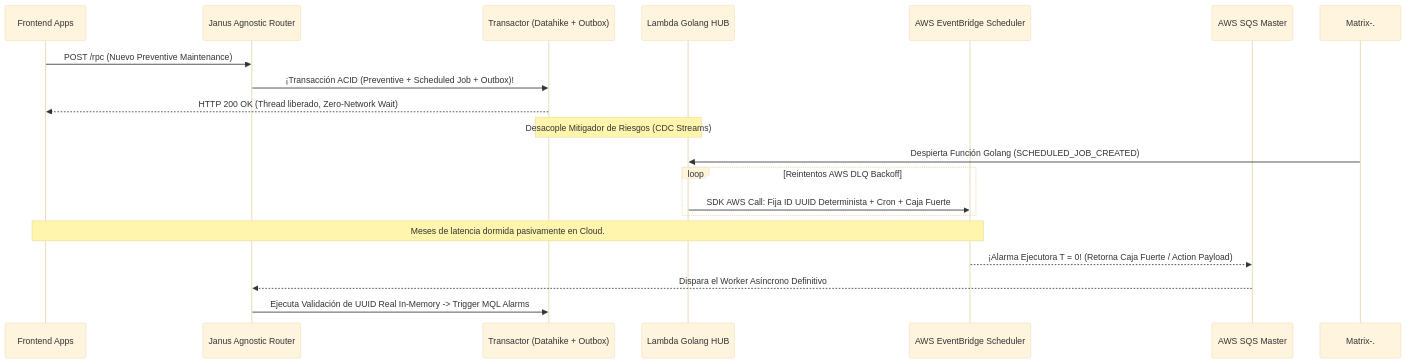
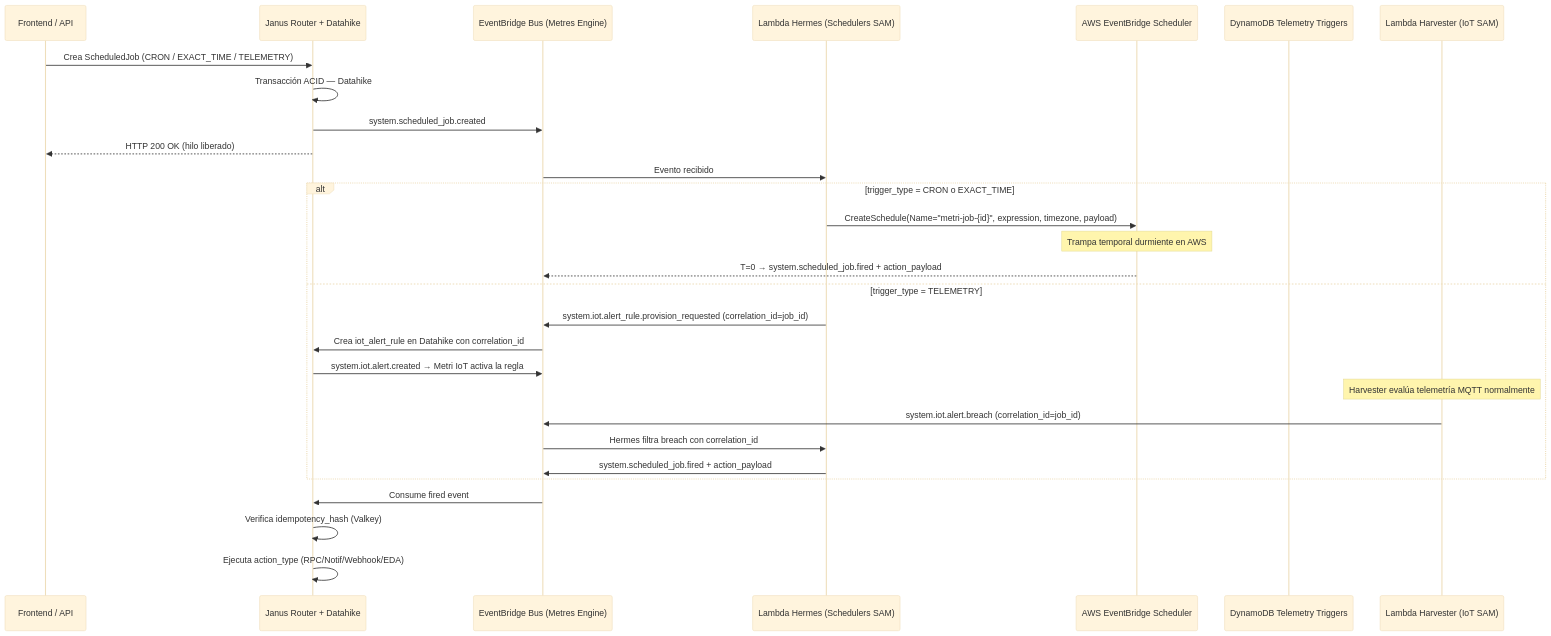
The diagram in docs/architecture/COMPONENTE_EXTERNO_05_METRI_SCHEDULERS.md (metritechnology/metri-engine), drawn with Mermaid (base theme) before and after one commit. The commit also changed other lines of this file and 733 other files, not shown here.

Commit message:
Update metri-engine state

````diff
--- a/docs/architecture/COMPONENTE_EXTERNO_05_METRI_SCHEDULERS.md
+++ b/docs/architecture/COMPONENTE_EXTERNO_05_METRI_SCHEDULERS.md
@@ -129,26 +409,35 @@
 ```mermaid
 sequenceDiagram
-    participant FE as Frontend Apps
-    participant AEGIS as Janus Agnostic Router
-    participant Matrix as Transactor (Datahike + Outbox)
-    participant Hermes as Lambda Golang HUB
-    participant EBAWS as AWS EventBridge Scheduler
-    participant SQS as AWS SQS Master
+    participant FE as Frontend / API
+    participant JR as Janus Router + Datahike
+    participant BUS as EventBridge Bus (Metres Engine)
+    participant HM as Lambda Hermes (Schedulers SAM)
+    participant EB as AWS EventBridge Scheduler
+    participant DT as DynamoDB Telemetry Triggers
+    participant IOT as Lambda Harvester (IoT SAM)
 
-    FE->>AEGIS: POST /rpc (Nuevo Preventive Maintenance)
-    AEGIS->>Matrix: ¡Transacción ACID (Preventive + Scheduled Job + Outbox)!
-    Matrix-->>FE: HTTP 200 OK (Thread liberado, Zero-Network Wait)
+    FE->>JR: Crea ScheduledJob (CRON / EXACT_TIME / TELEMETRY)
+    JR->>JR: Transacción ACID — Datahike
+    JR->>BUS: system.scheduled_job.created
+    JR-->>FE: HTTP 200 OK (hilo liberado)
 
-    Note over Matrix,Hermes: Desacople Mitigador de Riesgos (CDC Streams)
-    Matrix-.->>Hermes: Despierta Función Golang (SCHEDULED_JOB_CREATED)
+    BUS->>HM: Evento recibido
 
-    loop Reintentos AWS DLQ Backoff
-        Hermes->>EBAWS: SDK AWS Call: Fija ID UUID Determinista + Cron + Caja Fuerte
+    alt trigger_type = CRON o EXACT_TIME
+        HM->>EB: CreateSchedule(Name="metri-job-{id}", expression, timezone, payload)
+        Note over EB: Trampa temporal durmiente en AWS
+        EB-->>BUS: T=0 → system.scheduled_job.fired + action_payload
+    else trigger_type = TELEMETRY
+        HM->>BUS: system.iot.alert_rule.provision_requested (correlation_id=job_id)
+        BUS->>JR: Crea iot_alert_rule en Datahike con correlation_id
+        JR->>BUS: system.iot.alert.created → Metri IoT activa la regla
+        Note over IOT: Harvester evalúa telemetría MQTT normalmente
+        IOT->>BUS: system.iot.alert.breach (correlation_id=job_id)
+        BUS->>HM: Hermes filtra breach con correlation_id
+        HM->>BUS: system.scheduled_job.fired + action_payload
     end
 
-    Note over EBAWS,FE: Meses de latencia dormida pasivamente en Cloud.
-
-    EBAWS-->>SQS: ¡Alarma Ejecutora T = 0! (Retorna Caja Fuerte / Action Payload)
-    SQS-->>AEGIS: Dispara el Worker Asíncrono Definitivo
-    AEGIS->>Matrix: Ejecuta Validación de UUID Real In-Memory -> Trigger MQL Alarms
+    BUS->>JR: Consume fired event
+    JR->>JR: Verifica idempotency_hash (Valkey)
+    JR->>JR: Ejecuta action_type (RPC/Notif/Webhook/EDA)
 ```
````
